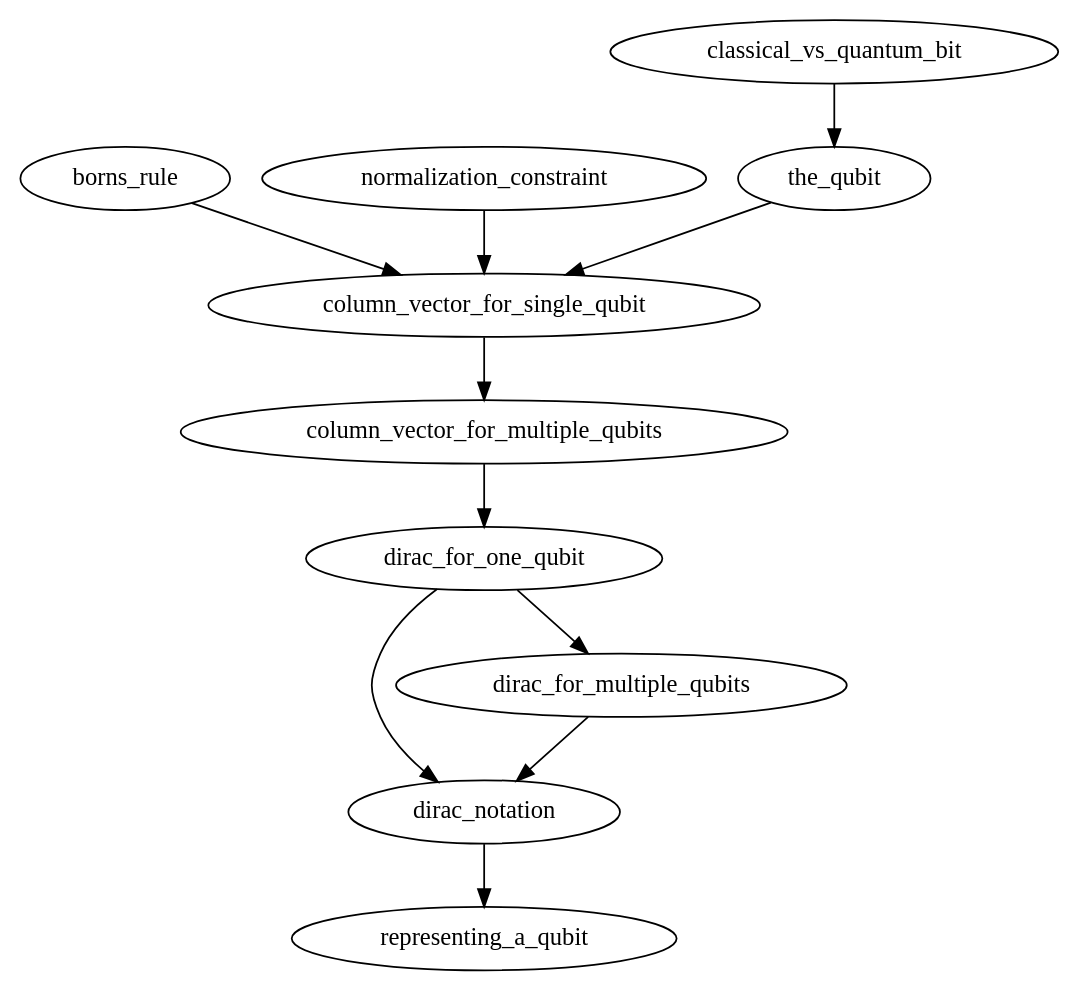
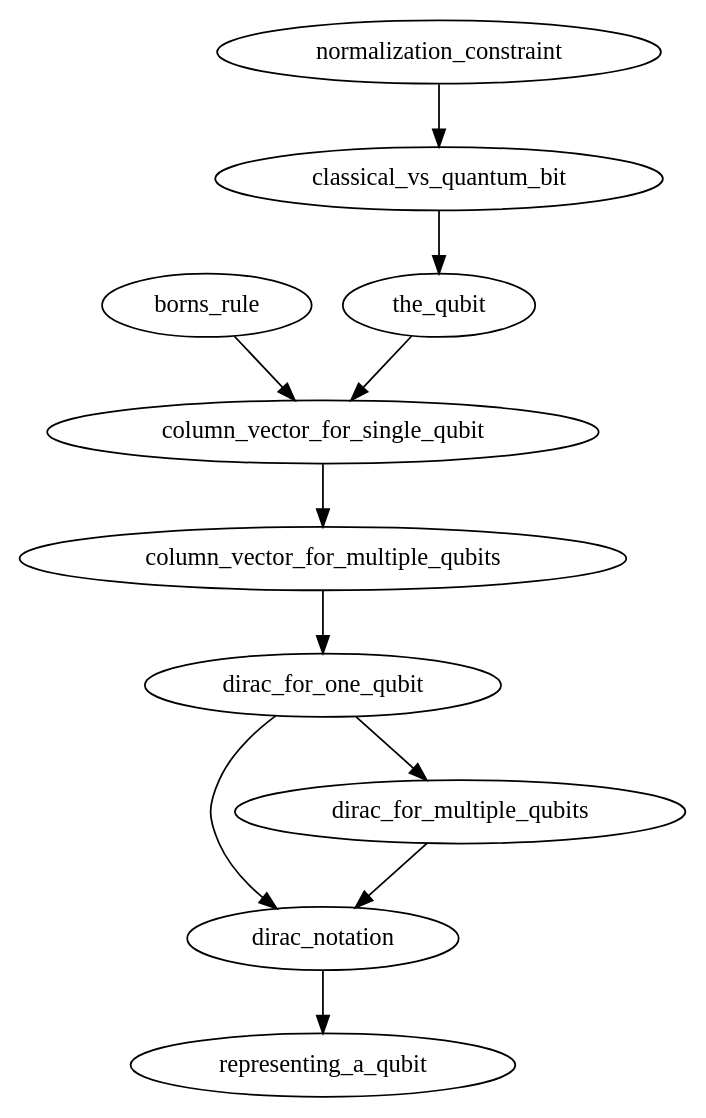
The diagram in AI_DOT_Files/graph.gv (NoleStites/STEM-REx), drawn with Graphviz before and after one commit.

```diff
--- a/AI_DOT_Files/graph.gv
+++ b/AI_DOT_Files/graph.gv
@@ -1,18 +1,18 @@
 /*
 To compile into a png:
 dot -Tpng graph.gv -o graph.png
 */
 
 
 digraph 
 {
 	"dirac_notation" -> "representing_a_qubit";
 	"dirac_for_multiple_qubits" -> "dirac_notation";
 	"dirac_for_one_qubit" -> {"dirac_for_multiple_qubits" "dirac_notation"};
 	"column_vector_for_multiple_qubits" -> "dirac_for_one_qubit";
 	"column_vector_for_single_qubit" -> "column_vector_for_multiple_qubits";
 	"borns_rule" -> "column_vector_for_single_qubit";
-	"normalization_constraint" -> "column_vector_for_single_qubit";
+	"normalization_constraint" -> "classical_vs_quantum_bit";
 	"the_qubit" -> "column_vector_for_single_qubit";
 	"classical_vs_quantum_bit" -> "the_qubit";
 }
```
